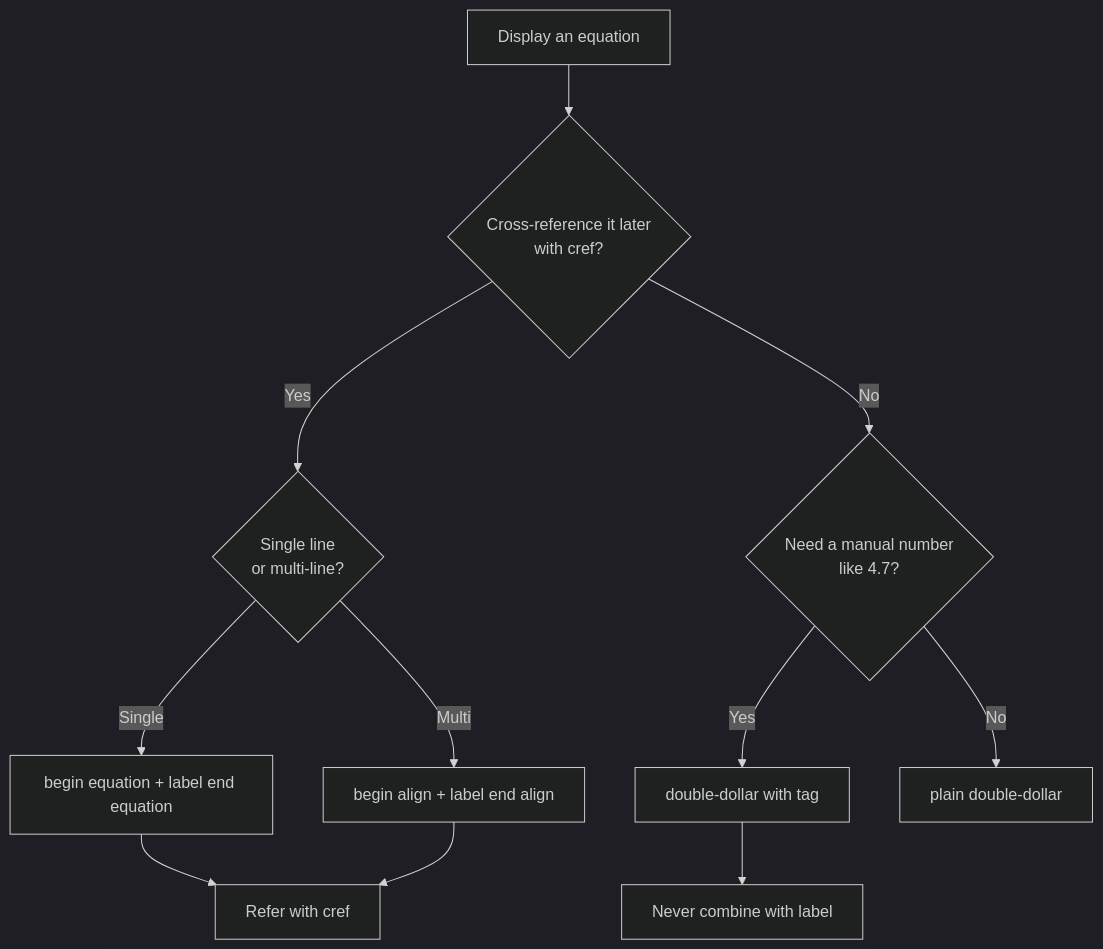
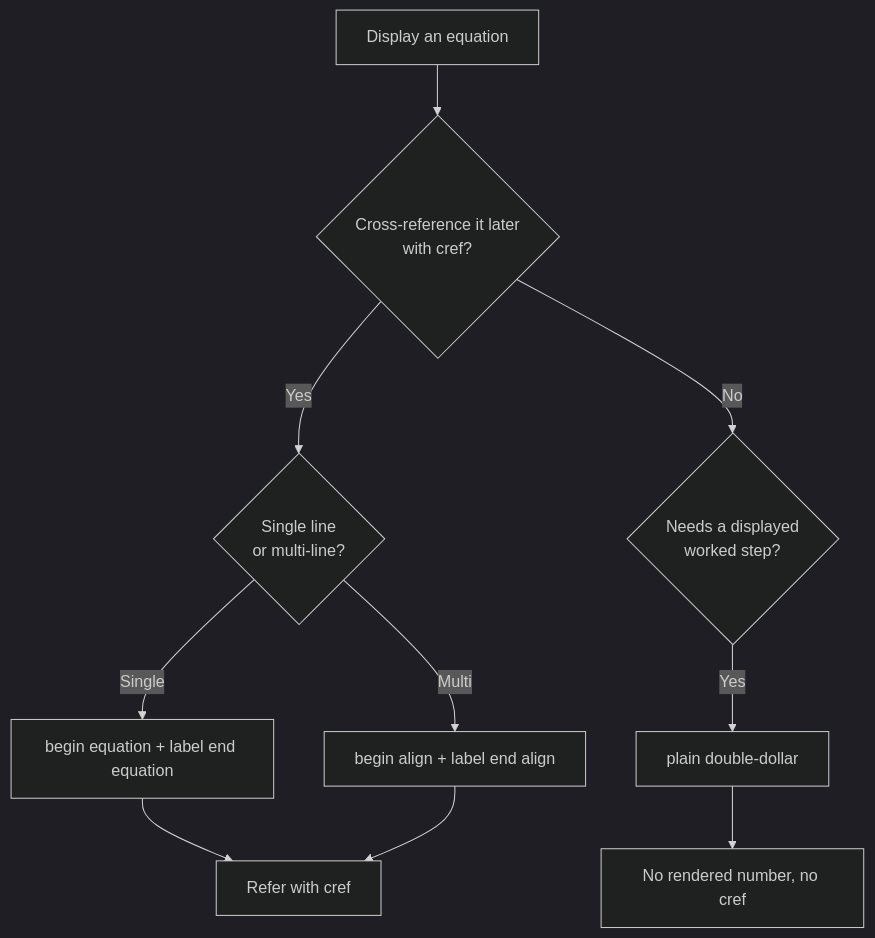
One commit to docxology/biology_textbook changed the diagram in docs/manuscript_guide.md. Above: the diagram before and after it, drawn with Mermaid (dark theme). The commit also changed other lines of this file and 1117 other files, not shown here.

````diff
--- a/docs/manuscript_guide.md
+++ b/docs/manuscript_guide.md
@@ -107,13 +107,12 @@
 ```mermaid
 flowchart TD
   A[Display an equation] --> B{Cross-reference it later<br/>with cref?}
   B -- Yes --> C{Single line<br/>or multi-line?}
-  B -- No --> D{Need a manual number<br/>like 4.7?}
+  B -- No --> D{Needs a displayed<br/>worked step?}
   C -- Single --> E[begin equation + label end equation]
   C -- Multi --> F[begin align + label end align]
-  D -- Yes --> G[double-dollar with tag]
-  D -- No --> H[plain double-dollar]
+  D -- Yes --> G[plain double-dollar]
   E --> I[Refer with cref]
   F --> I
-  G --> J[Never combine with label]
+  G --> J[No rendered number, no cref]
 ```
````
